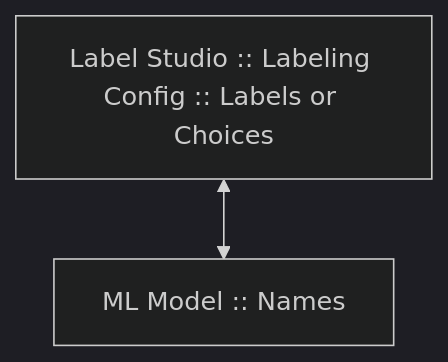
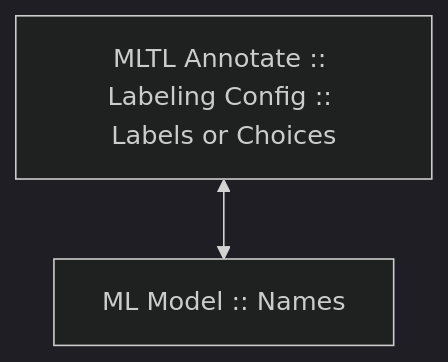
One commit to yuvraj99776600/label-studio changed the diagram in docs/source/guide/ml_tutorials/yolo.md. Above: the diagram before and after it, drawn with Mermaid (dark theme). The commit also changed other lines of this file and 632 other files, not shown here.

First line of the commit message:
brand: Deep white-label — remove all remaining Label Studio/HumanSignal/Heartex traces

````diff
--- a/docs/source/guide/ml_tutorials/yolo.md
+++ b/docs/source/guide/ml_tutorials/yolo.md
@@ -152,4 +152,4 @@
 ```mermaid
 graph TD
-    A[Label Studio :: Labeling Config :: Labels or Choices] <--> B[ML Model :: Names]
+    A[MLTL Annotate :: Labeling Config :: Labels or Choices] <--> B[ML Model :: Names]
 ```
````
